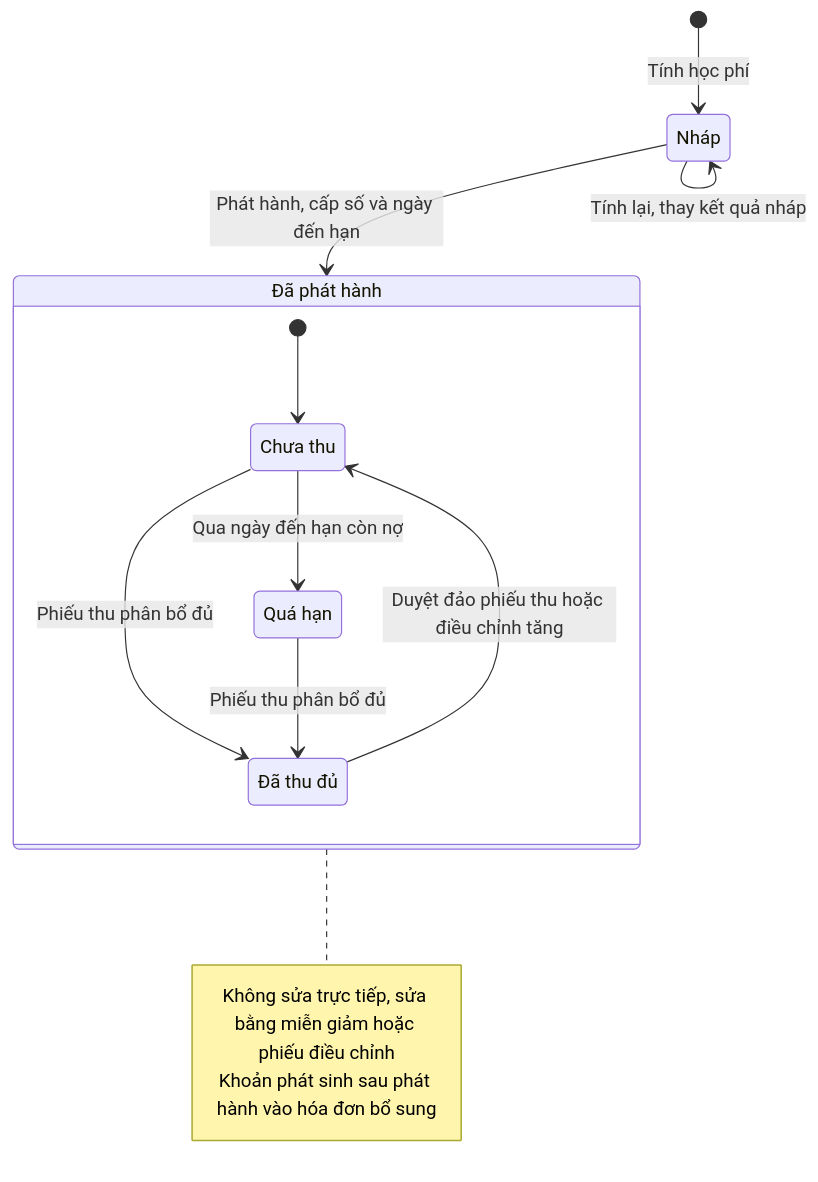
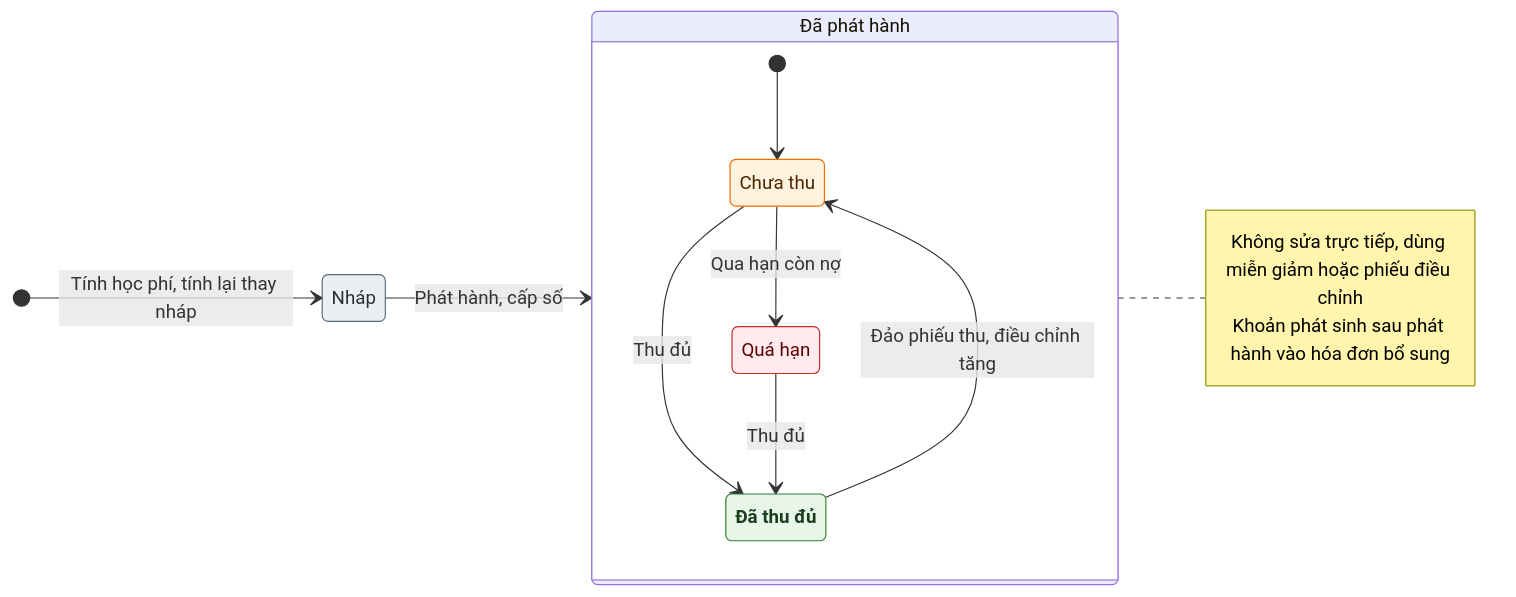
One commit to luckyshopvn/school_management changed the second of 12 diagrams in tai_lieu/34_TONG_HOP_CHUC_NANG_HE_THONG/05_TAI_CHINH_NHAN_SU_HAU_CAN.md. Above: the diagram before and after it, drawn with Mermaid. The commit also changed other lines of this file and 8 other files, not shown here.

First line of the commit message:
Tài liệu 34: vẽ lại toàn bộ sơ đồ cho trực quan, thêm bản PDF gộp

````diff
--- a/tai_lieu/34_TONG_HOP_CHUC_NANG_HE_THONG/05_TAI_CHINH_NHAN_SU_HAU_CAN.md
+++ b/tai_lieu/34_TONG_HOP_CHUC_NANG_HE_THONG/05_TAI_CHINH_NHAN_SU_HAU_CAN.md
@@ -492,22 +539,34 @@
 ```mermaid
 stateDiagram-v2
+  direction LR
+  classDef nhap fill:#eceff1,stroke:#546e7a,color:#263238
+  classDef cho fill:#fff3e0,stroke:#ef6c00,color:#4e2600
+  classDef dang fill:#e3f2fd,stroke:#1565c0,color:#0d2a4a
+  classDef xong fill:#e8f5e9,stroke:#2e7d32,color:#1b3d1d,font-weight:bold
+  classDef huy fill:#ffebee,stroke:#c62828,color:#5f0000
+
   state "Nháp" as draft
   state "Đã phát hành" as issued
   state "Chưa thu" as unpaid
   state "Quá hạn" as overdue
   state "Đã thu đủ" as paid
-  [*] --> draft: Tính học phí
-  draft --> draft: Tính lại, thay kết quả nháp
-  draft --> issued: Phát hành, cấp số và ngày đến hạn
+
+  [*] --> draft : Tính học phí, tính lại thay nháp
+  draft --> issued : Phát hành, cấp số
   state issued {
     [*] --> unpaid
-    unpaid --> overdue: Qua ngày đến hạn còn nợ
-    unpaid --> paid: Phiếu thu phân bổ đủ
-    overdue --> paid: Phiếu thu phân bổ đủ
-    paid --> unpaid: Duyệt đảo phiếu thu hoặc điều chỉnh tăng
+    unpaid --> overdue : Qua hạn còn nợ
+    unpaid --> paid : Thu đủ
+    overdue --> paid : Thu đủ
+    paid --> unpaid : Đảo phiếu thu, điều chỉnh tăng
   }
   note right of issued
-    Không sửa trực tiếp, sửa bằng miễn giảm hoặc phiếu điều chỉnh
+    Không sửa trực tiếp, dùng miễn giảm hoặc phiếu điều chỉnh
     Khoản phát sinh sau phát hành vào hóa đơn bổ sung
   end note
+
+  class draft nhap
+  class unpaid cho
+  class overdue huy
+  class paid xong
 ```
````
